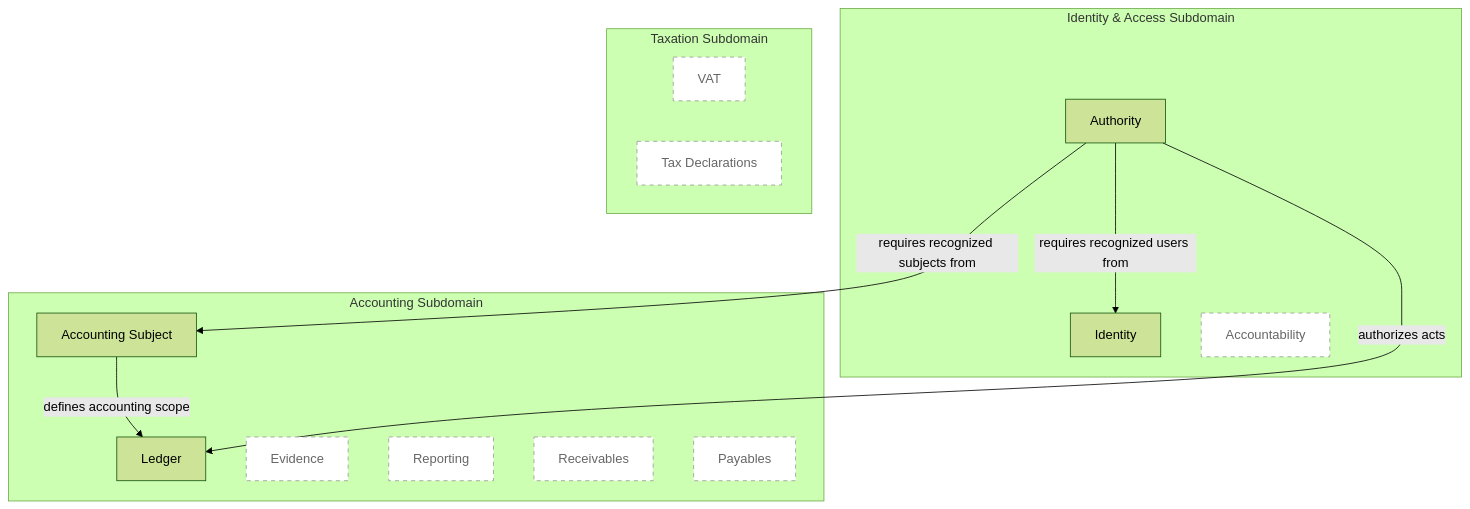
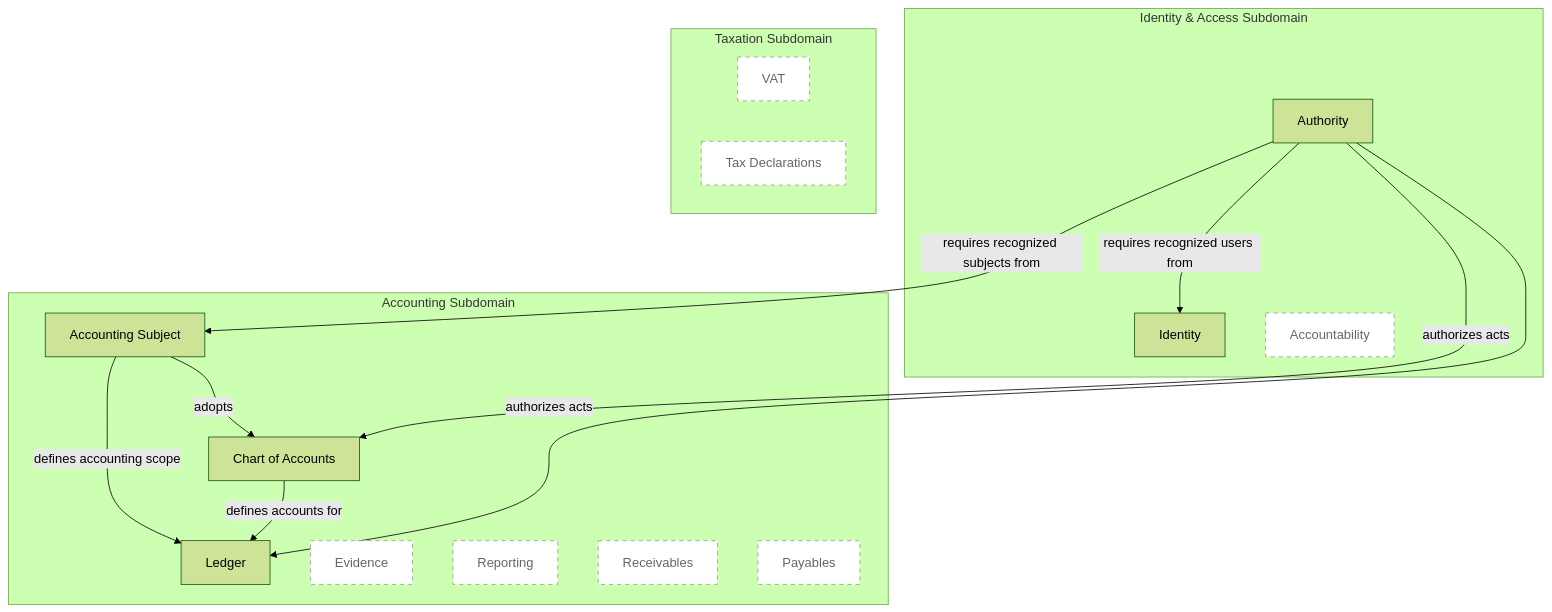
Before and after one commit to runemalm/acc-dotnet: the diagram in README.md, drawn with Mermaid (forest theme). The commit also changed other lines of this file and 126 other files, not shown here.

Commit message:
Build out chart of accounts module.

````diff
--- a/README.md
+++ b/README.md
@@ -15,30 +15,34 @@
 ```mermaid
 flowchart TB
     subgraph IF["Identity & Access Subdomain"]
         Identity["Identity"]
         Authority["Authority"]
         Accountability["Accountability"]
     end
 
     subgraph AC["Accounting Subdomain"]
         AccountingSubject["Accounting Subject"]
+        ChartOfAccounts["Chart of Accounts"]
         Ledger["Ledger"]
         Evidence["Evidence"]
         Reporting["Reporting"]
         Receivables["Receivables"]
         Payables["Payables"]
     end
 
     subgraph TX["Taxation Subdomain"]
         VAT["VAT"]
         TaxDeclarations["Tax Declarations"]
     end
 
     AccountingSubject -->|defines accounting scope| Ledger
+    AccountingSubject -->|adopts| ChartOfAccounts
+    ChartOfAccounts -->|defines accounts for| Ledger
     Authority -->|requires recognized users from| Identity
     Authority -->|requires recognized subjects from| AccountingSubject
+    Authority -->|authorizes acts| ChartOfAccounts
     Authority -->|authorizes acts| Ledger
 
     classDef planned stroke-dasharray: 5 5,color:#666,stroke:#999,fill:#fff
     class Accountability,Evidence,Reporting,Receivables,Payables,VAT,TaxDeclarations planned
 ```
````
